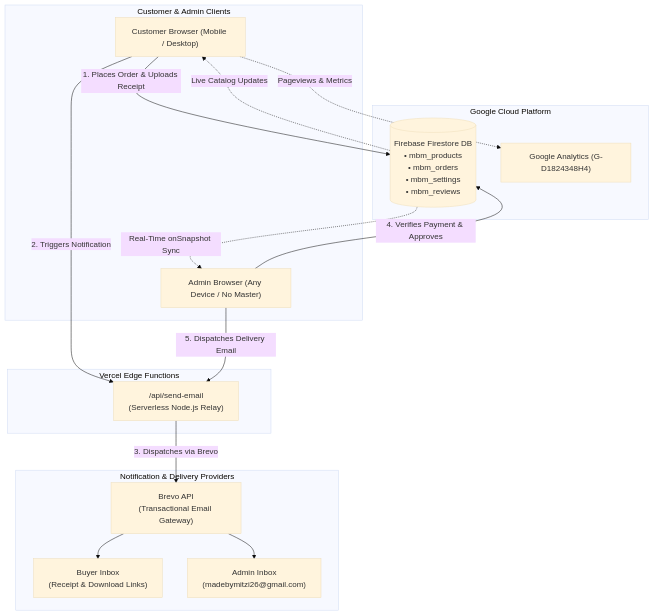
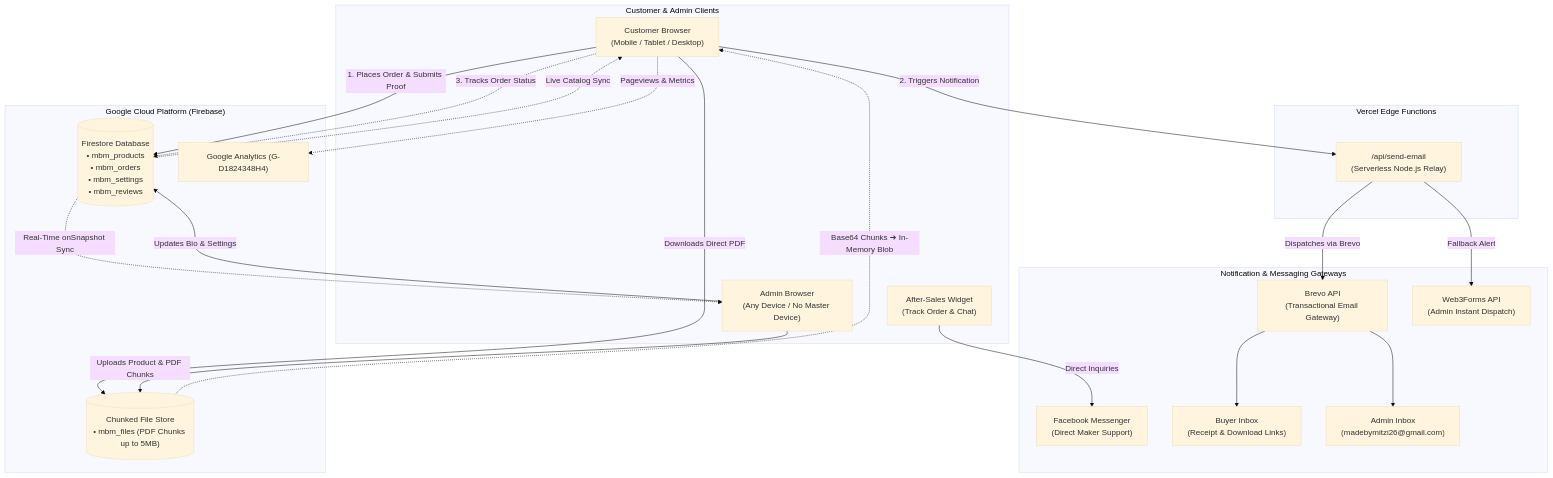
Before and after one commit to bangdon15/madebymitzi: the diagram in README.md, drawn with Mermaid (base theme). The commit also changed other lines of this file and 21 other files, not shown here.

Commit message:
feat(phase-4): ghibli artisan theme, direct pdf upload, after-sales chat suite, and README documentation

````diff
--- a/README.md
+++ b/README.md
@@ -65,35 +107,49 @@
 ```mermaid
 flowchart TD
     subgraph ClientLayer ["Customer & Admin Clients"]
-        BuyerBrowser["Customer Browser (Mobile / Desktop)"]
-        AdminBrowser["Admin Browser (Any Device / No Master)"]
+        BuyerBrowser["Customer Browser<br/>(Mobile / Tablet / Desktop)"]
+        AdminBrowser["Admin Browser<br/>(Any Device / No Master Device)"]
+        ChatWidget["After-Sales Widget<br/>(Track Order & Chat)"]
     end
 
-    subgraph CloudDatabase ["Google Cloud Platform"]
-        Firestore[("Firebase Firestore DB<br/>• mbm_products<br/>• mbm_orders<br/>• mbm_settings<br/>• mbm_reviews")]
+    subgraph CloudDatabase ["Google Cloud Platform (Firebase)"]
+        FirestoreDB[("Firestore Database<br/>• mbm_products<br/>• mbm_orders<br/>• mbm_settings<br/>• mbm_reviews")]
+        ChunkedFiles[("Chunked File Store<br/>• mbm_files (PDF Chunks up to 5MB)")]
         Analytics["Google Analytics (G-D1824348H4)"]
     end
 
     subgraph ServerlessBackend ["Vercel Edge Functions"]
         EmailAPI["/api/send-email<br/>(Serverless Node.js Relay)"]
     end
 
-    subgraph ThirdPartyServices ["Notification & Delivery Providers"]
+    subgraph ThirdPartyServices ["Notification & Messaging Gateways"]
         Brevo["Brevo API<br/>(Transactional Email Gateway)"]
+        Web3Forms["Web3Forms API<br/>(Admin Instant Dispatch)"]
+        FBMessenger["Facebook Messenger<br/>(Direct Maker Support)"]
         BuyerInbox["Buyer Inbox<br/>(Receipt & Download Links)"]
         AdminInbox["Admin Inbox<br/>(madebymitzi26@gmail.com)"]
     end
 
-    %% Flow connections
-    BuyerBrowser -- "1. Places Order & Uploads Receipt" --> Firestore
+    %% Customer Flow
+    BuyerBrowser -- "1. Places Order & Submits Proof" --> FirestoreDB
     BuyerBrowser -- "2. Triggers Notification" --> EmailAPI
-    EmailAPI -- "3. Dispatches via Brevo" --> Brevo
+    BuyerBrowser -. "3. Tracks Order Status" .-> FirestoreDB
+    ChatWidget -- "Direct Inquiries" --> FBMessenger
+
+    %% Direct Delivery Flow
+    BuyerBrowser -- "Downloads Direct PDF" --> ChunkedFiles
+    ChunkedFiles -. "Base64 Chunks ➔ In-Memory Blob" .-> BuyerBrowser
+
+    %% Email Notifications
+    EmailAPI -- "Dispatches via Brevo" --> Brevo
+    EmailAPI -- "Fallback Alert" --> Web3Forms
     Brevo --> BuyerInbox
     Brevo --> AdminInbox
 
-    Firestore -. "Real-Time onSnapshot Sync" .-> AdminBrowser
-    AdminBrowser -- "4. Verifies Payment & Approves" --> Firestore
-    AdminBrowser -- "5. Dispatches Delivery Email" --> EmailAPI
-    Firestore -. "Live Catalog Updates" .-> BuyerBrowser
+    %% Admin Flow
+    AdminBrowser -- "Uploads Product & PDF Chunks" --> ChunkedFiles
+    AdminBrowser -- "Updates Bio & Settings" --> FirestoreDB
+    FirestoreDB -. "Real-Time onSnapshot Sync" .-> AdminBrowser
+    FirestoreDB -. "Live Catalog Sync" .-> BuyerBrowser
     BuyerBrowser -. "Pageviews & Metrics" .-> Analytics
 ```
````
